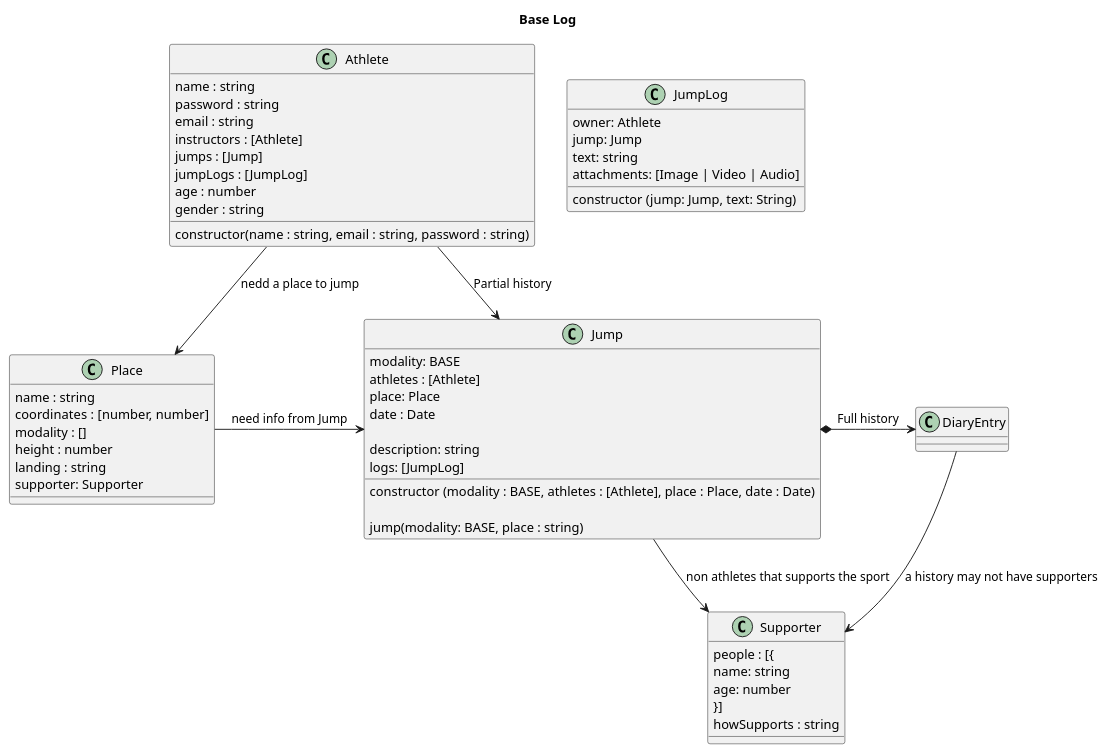
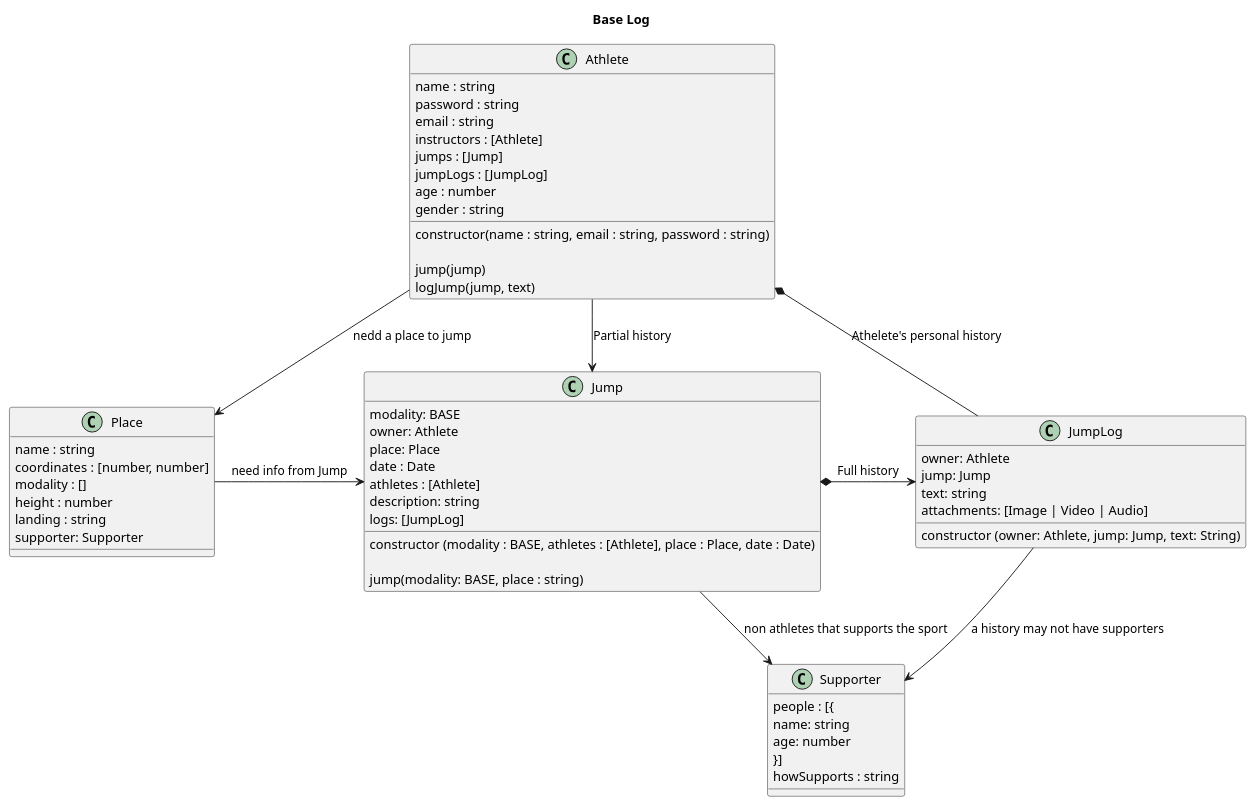
The diagram in architecture/class.puml (discombobulateme/webdoc), drawn with PlantUML before and after one commit.

Commit message:
Fix diagram with new models

```diff
--- a/architecture/class.puml
+++ b/architecture/class.puml
@@ -1,79 +1,82 @@
 @startuml Base Log
 Title Base Log
 
 'non Athletes that supports the sport
 class Supporter {
 ' a supporter can associate with a place or a person
 people : [{
   name: string
   age: number
 }]
 howSupports : string
 }
 
 class Place {
 name : string
 coordinates : [number, number]
 modality : []
 height : number
 landing : string
 supporter: Supporter
 'add child: exitPoint
 }
 
 class Athlete {
 name : string
 password : string
 email : string
 instructors : [Athlete]
 jumps : [Jump]
 jumpLogs : [JumpLog]
 age : number
 gender : string
 
 constructor(name : string, email : string, password : string)
+
+jump(jump)
+logJump(jump, text)
 }
 
 class Jump {
-' addJump(Jump)
 ' Verify: if that place exists
 ' Verify: if you are linked in date and place with a Jump
 modality: BASE
-athletes : [Athlete]
+owner: Athlete
 place: Place
 date : Date
-
+athletes : [Athlete]
 ' this is a sinopse
 description: string
 logs: [JumpLog]
 
 constructor (modality : BASE, athletes : [Athlete], place : Place, date : Date)
 
 jump(modality: BASE, place : string)
 }
 
 class JumpLog {
 owner: Athlete
 jump: Jump
 ' this is the full history text
 text: string
 attachments: [Image | Video | Audio]
 
-constructor (jump: Jump, text: String)
+constructor (owner: Athlete, jump: Jump, text: String)
 }
 
 
 
 ' Head *- Hand : composition
 ' Parent o-- IndependentChild : agregation
 ' Need --> Use : association
 
 Athlete --> Place : nedd a place to jump
 Athlete -> Jump : Partial history
+Athlete *- JumpLog : Athelete's personal history
 
 Place -> Jump : need info from Jump
-Jump *-> DiaryEntry : Full history
+Jump *-> JumpLog : Full history
 Jump --> Supporter : non athletes that supports the sport
-DiaryEntry --> Supporter : a history may not have supporters
+JumpLog --> Supporter : a history may not have supporters
 
 @enduml
```
